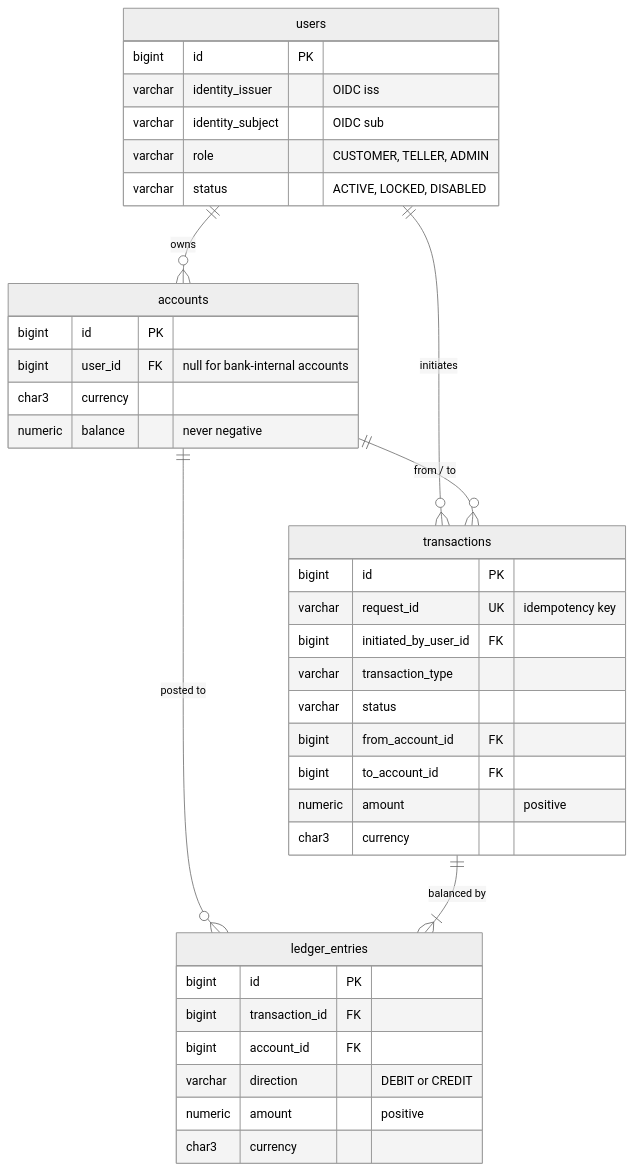
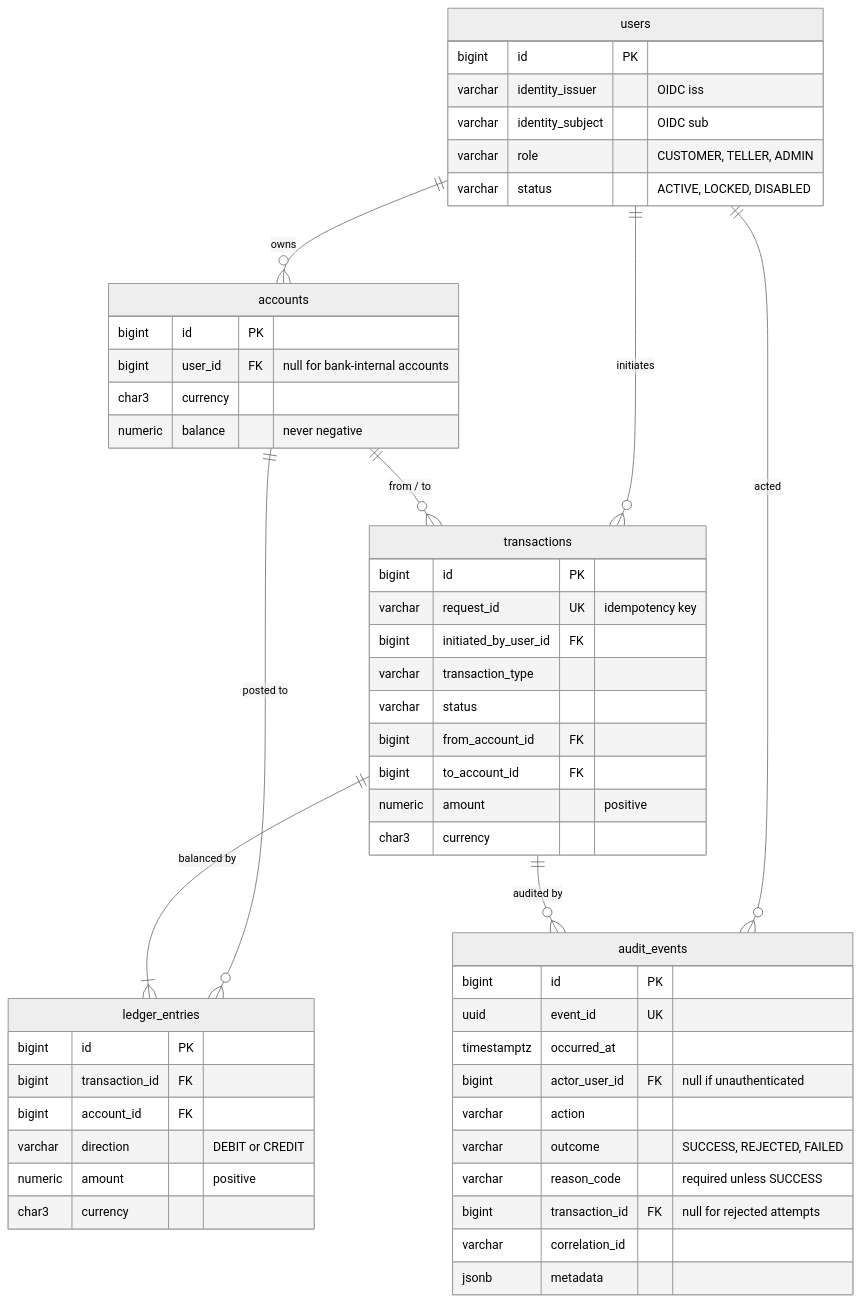
The diagram in docs/database.md (zhlzxa/core-banking-service), drawn with Mermaid (neutral theme) before and after one commit. The commit also changed other lines of this file and 3 other files, not shown here.

First line of the commit message:
docs: record the audit transaction strategy

````diff
--- a/docs/database.md
+++ b/docs/database.md
@@ -9,41 +9,55 @@
 ```mermaid
 erDiagram
     users ||--o{ accounts : "owns"
     users ||--o{ transactions : "initiates"
     accounts ||--o{ transactions : "from / to"
     accounts ||--o{ ledger_entries : "posted to"
     transactions ||--|{ ledger_entries : "balanced by"
+    users ||--o{ audit_events : "acted"
+    transactions ||--o{ audit_events : "audited by"
 
     users {
         bigint id PK
         varchar identity_issuer "OIDC iss"
         varchar identity_subject "OIDC sub"
         varchar role "CUSTOMER, TELLER, ADMIN"
         varchar status "ACTIVE, LOCKED, DISABLED"
     }
     accounts {
         bigint id PK
         bigint user_id FK "null for bank-internal accounts"
         char3 currency
         numeric balance "never negative"
     }
     transactions {
         bigint id PK
         varchar request_id UK "idempotency key"
         bigint initiated_by_user_id FK
         varchar transaction_type
         varchar status
         bigint from_account_id FK
         bigint to_account_id FK
         numeric amount "positive"
         char3 currency
     }
+    audit_events {
+        bigint id PK
+        uuid event_id UK
+        timestamptz occurred_at
+        bigint actor_user_id FK "null if unauthenticated"
+        varchar action
+        varchar outcome "SUCCESS, REJECTED, FAILED"
+        varchar reason_code "required unless SUCCESS"
+        bigint transaction_id FK "null for rejected attempts"
+        varchar correlation_id
+        jsonb metadata
+    }
     ledger_entries {
         bigint id PK
         bigint transaction_id FK
         bigint account_id FK
         varchar direction "DEBIT or CREDIT"
         numeric amount "positive"
         char3 currency
     }
 ```
````
